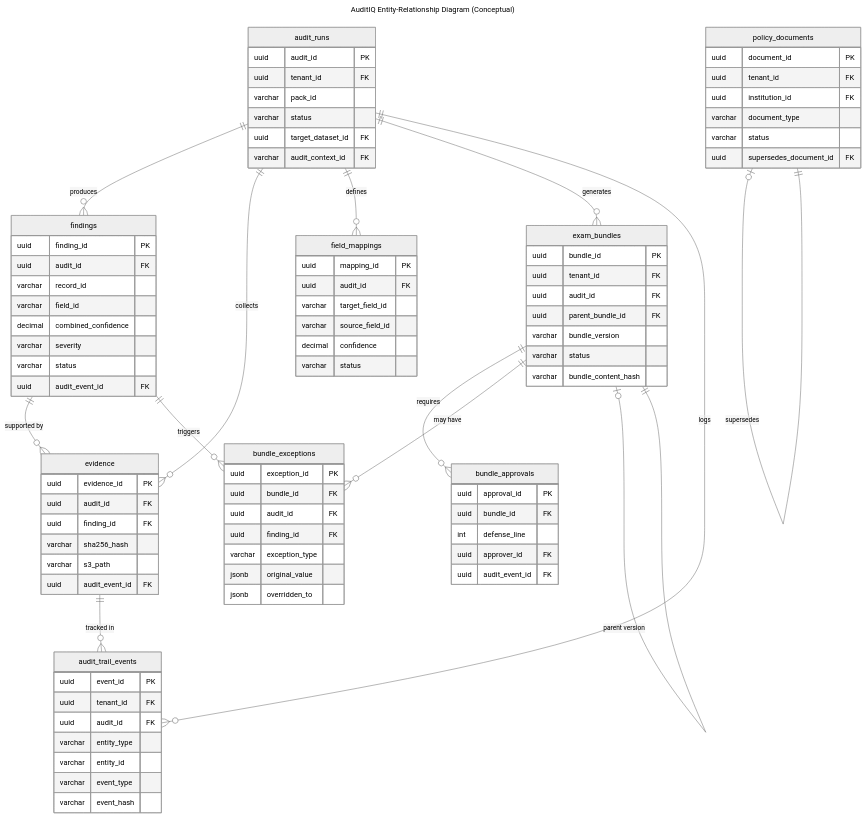
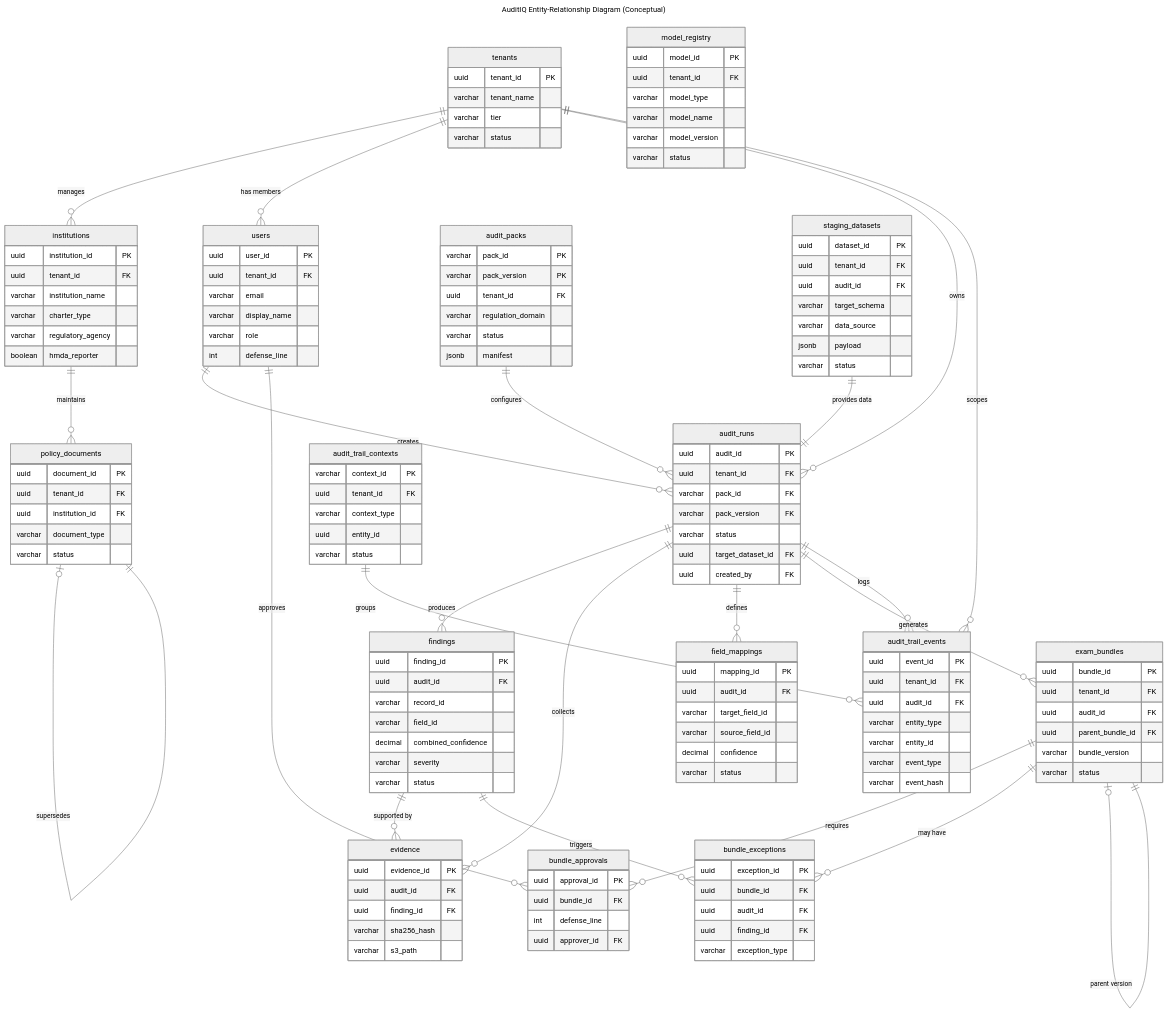
One commit to epieczko-re/audit-iq-docs changed the second of 6 diagrams in src/docs/asciidoc/auditiq-product-architecture-delivery-plan/component-level-design/index.adoc. Above: the diagram before and after it, drawn with Mermaid (neutral theme). The commit also changed other lines of this file and 1 other file, not shown here.

First line of the commit message:
Add six missing data model definitions and expand ER diagram to 16 entities

```diff
--- a/src/docs/asciidoc/auditiq-product-architecture-delivery-plan/component-level-design/index.adoc
+++ b/src/docs/asciidoc/auditiq-product-architecture-delivery-plan/component-level-design/index.adoc
@@ -121,13 +122,58 @@
 title: AuditIQ Entity-Relationship Diagram (Conceptual)
 ---
 erDiagram
+    tenants {
+        uuid tenant_id PK
+        varchar tenant_name
+        varchar tier
+        varchar status
+    }
+
+    institutions {
+        uuid institution_id PK
+        uuid tenant_id FK
+        varchar institution_name
+        varchar charter_type
+        varchar regulatory_agency
+        boolean hmda_reporter
+    }
+
+    users {
+        uuid user_id PK
+        uuid tenant_id FK
+        varchar email
+        varchar display_name
+        varchar role
+        int defense_line
+    }
+
+    audit_packs {
+        varchar pack_id PK
+        varchar pack_version PK
+        uuid tenant_id FK
+        varchar regulation_domain
+        varchar status
+        jsonb manifest
+    }
+
+    staging_datasets {
+        uuid dataset_id PK
+        uuid tenant_id FK
+        uuid audit_id FK
+        varchar target_schema
+        varchar data_source
+        jsonb payload
+        varchar status
+    }
+
     audit_runs {
         uuid audit_id PK
         uuid tenant_id FK
-        varchar pack_id
+        varchar pack_id FK
+        varchar pack_version FK
         varchar status
         uuid target_dataset_id FK
-        varchar audit_context_id FK
+        uuid created_by FK
     }
 
     findings {
@@ -138,7 +184,6 @@
         decimal combined_confidence
         varchar severity
         varchar status
-        uuid audit_event_id FK
     }
 
     field_mappings {
@@ -156,7 +201,6 @@
         uuid finding_id FK
         varchar sha256_hash
         varchar s3_path
-        uuid audit_event_id FK
     }
 
     exam_bundles {
@@ -166,7 +210,6 @@
         uuid parent_bundle_id FK
         varchar bundle_version
         varchar status
-        varchar bundle_content_hash
     }
 
     bundle_approvals {
@@ -174,7 +217,6 @@
         uuid bundle_id FK
         int defense_line
         uuid approver_id FK
-        uuid audit_event_id FK
     }
 
     bundle_exceptions {
@@ -183,8 +225,6 @@
         uuid audit_id FK
         uuid finding_id FK
         varchar exception_type
-        jsonb original_value
-        jsonb overridden_to
     }
 
     policy_documents {
@@ -193,7 +233,14 @@
         uuid institution_id FK
         varchar document_type
         varchar status
-        uuid supersedes_document_id FK
+    }
+
+    audit_trail_contexts {
+        varchar context_id PK
+        uuid tenant_id FK
+        varchar context_type
+        uuid entity_id
+        varchar status
     }
 
     audit_trail_events {
@@ -206,20 +253,51 @@
         varchar event_hash
     }
 
+    model_registry {
+        uuid model_id PK
+        uuid tenant_id FK
+        varchar model_type
+        varchar model_name
+        varchar model_version
+        varchar status
+    }
+
+    %% Tenant hierarchy
+    tenants ||--o{ institutions : "manages"
+    tenants ||--o{ users : "has members"
+    tenants ||--o{ audit_runs : "owns"
+    tenants ||--o{ audit_trail_events : "scopes"
+
+    %% Institution relationships
+    institutions ||--o{ policy_documents : "maintains"
+
+    %% User relationships
+    users ||--o{ audit_runs : "creates"
+    users ||--o{ bundle_approvals : "approves"
+
+    %% Pack and dataset relationships
+    audit_packs ||--o{ audit_runs : "configures"
+    staging_datasets ||--|| audit_runs : "provides data"
+
+    %% Audit run relationships
     audit_runs ||--o{ findings : "produces"
     audit_runs ||--o{ evidence : "collects"
     audit_runs ||--o{ field_mappings : "defines"
     audit_runs ||--o{ exam_bundles : "generates"
     audit_runs ||--o{ audit_trail_events : "logs"
 
+    %% Audit context
+    audit_trail_contexts ||--o{ audit_trail_events : "groups"
+
+    %% Finding relationships
     findings ||--o{ evidence : "supported by"
     findings ||--o{ bundle_exceptions : "triggers"
 
+    %% Exam bundle relationships
     exam_bundles ||--o{ bundle_approvals : "requires"
     exam_bundles ||--o{ bundle_exceptions : "may have"
     exam_bundles |o--|| exam_bundles : "parent version"
 
-    evidence ||--o{ audit_trail_events : "tracked in"
-
+    %% Self-referential
     policy_documents |o--|| policy_documents : "supersedes"
 ----
```
